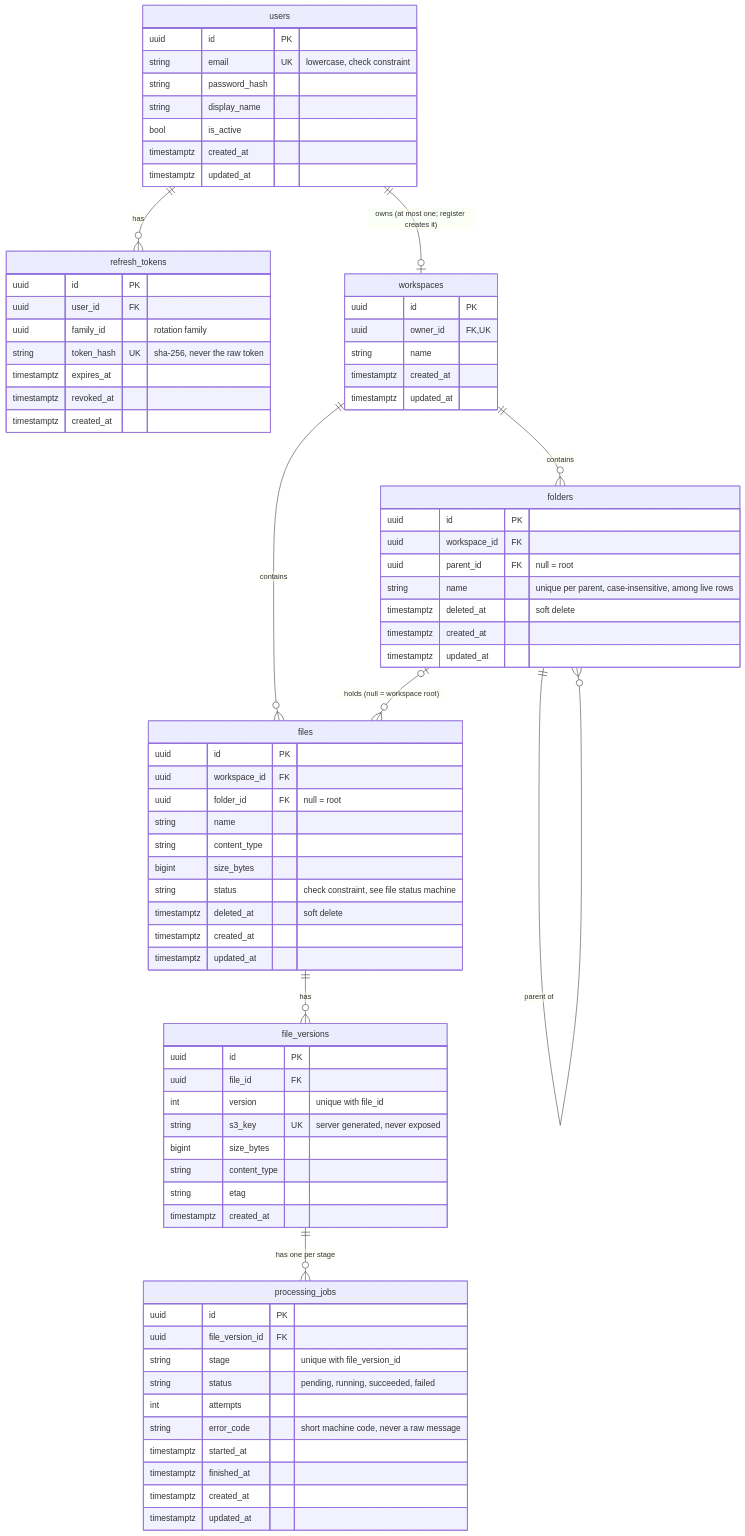
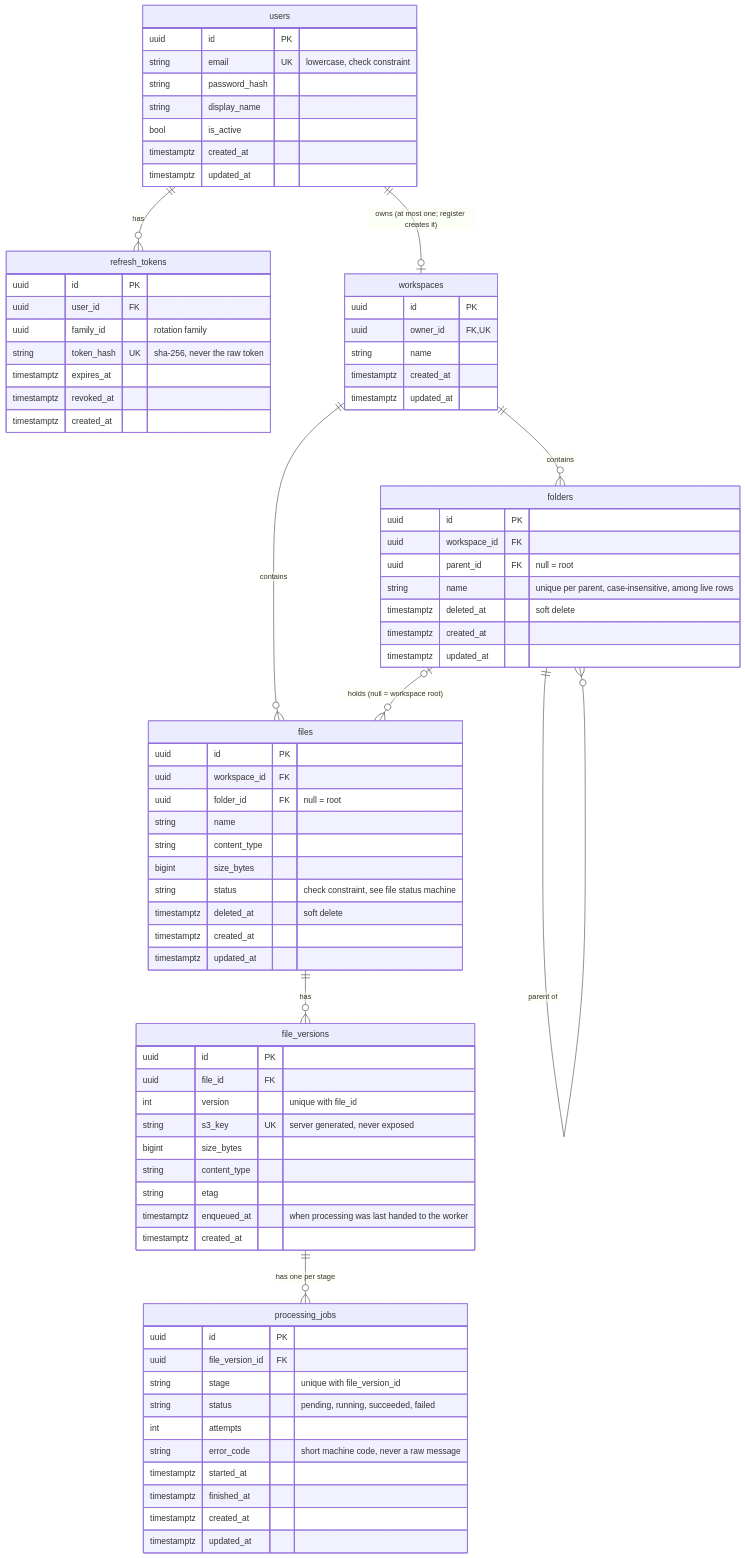
The diagram in docs/er-diagram.md (manan-77/clouddrop), drawn with Mermaid before and after one commit. The commit also changed 19 other files, not shown here.

````diff
--- a/docs/er-diagram.md
+++ b/docs/er-diagram.md
@@ -5,80 +5,81 @@
 ```mermaid
 erDiagram
     users ||--o{ refresh_tokens : "has"
     users ||--o| workspaces : "owns (at most one; register creates it)"
     workspaces ||--o{ folders : "contains"
     workspaces ||--o{ files : "contains"
     folders ||--o{ folders : "parent of"
     folders |o--o{ files : "holds (null = workspace root)"
     files ||--o{ file_versions : "has"
     file_versions ||--o{ processing_jobs : "has one per stage"
 
     users {
         uuid id PK
         string email UK "lowercase, check constraint"
         string password_hash
         string display_name
         bool is_active
         timestamptz created_at
         timestamptz updated_at
     }
     refresh_tokens {
         uuid id PK
         uuid user_id FK
         uuid family_id "rotation family"
         string token_hash UK "sha-256, never the raw token"
         timestamptz expires_at
         timestamptz revoked_at
         timestamptz created_at
     }
     workspaces {
         uuid id PK
         uuid owner_id FK,UK
         string name
         timestamptz created_at
         timestamptz updated_at
     }
     folders {
         uuid id PK
         uuid workspace_id FK
         uuid parent_id FK "null = root"
         string name "unique per parent, case-insensitive, among live rows"
         timestamptz deleted_at "soft delete"
         timestamptz created_at
         timestamptz updated_at
     }
     files {
         uuid id PK
         uuid workspace_id FK
         uuid folder_id FK "null = root"
         string name
         string content_type
         bigint size_bytes
         string status "check constraint, see file status machine"
         timestamptz deleted_at "soft delete"
         timestamptz created_at
         timestamptz updated_at
     }
     file_versions {
         uuid id PK
         uuid file_id FK
         int version "unique with file_id"
         string s3_key UK "server generated, never exposed"
         bigint size_bytes
         string content_type
         string etag
+        timestamptz enqueued_at "when processing was last handed to the worker"
         timestamptz created_at
     }
     processing_jobs {
         uuid id PK
         uuid file_version_id FK
         string stage "unique with file_version_id"
         string status "pending, running, succeeded, failed"
         int attempts
         string error_code "short machine code, never a raw message"
         timestamptz started_at
         timestamptz finished_at
         timestamptz created_at
         timestamptz updated_at
     }
 ```
````
